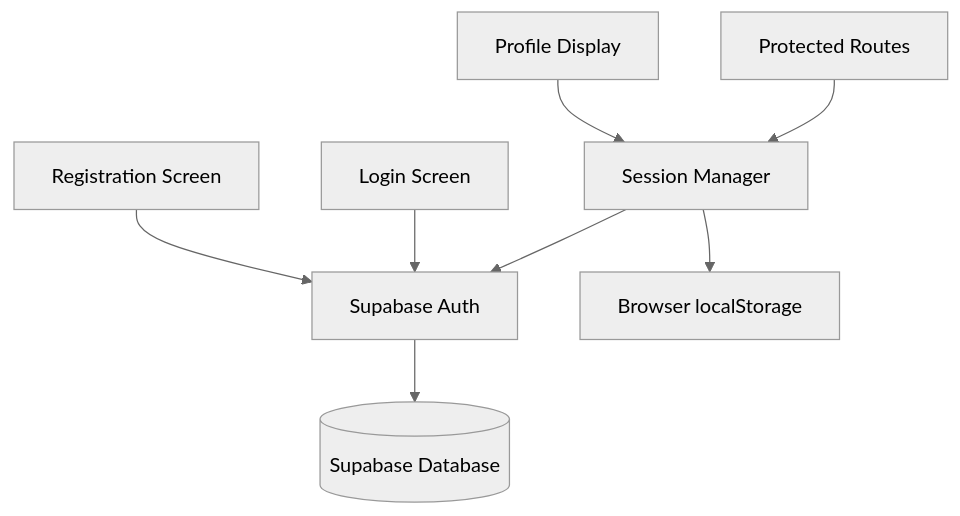
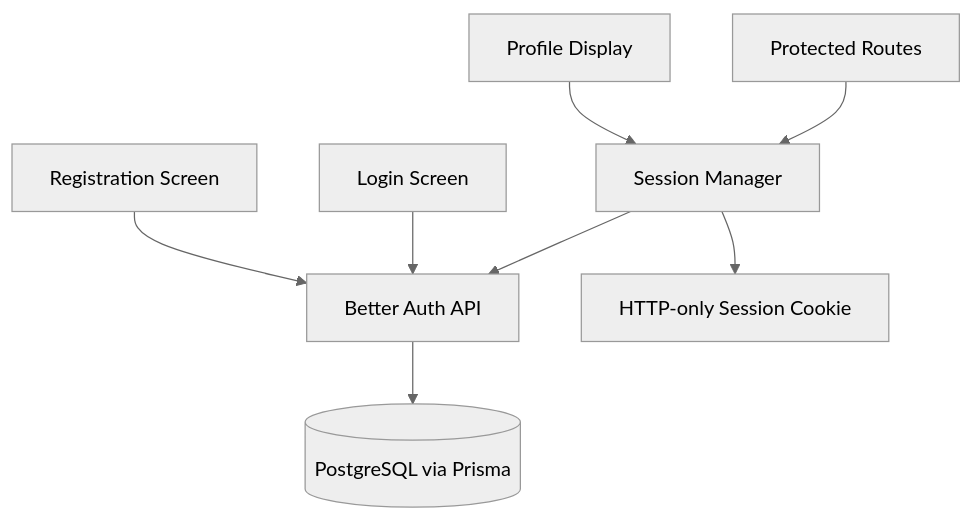
Before and after one commit to ahmadfadhil621/e-kost: the first of 3 diagrams in specs/user-authentication/design.md, drawn with Mermaid (neutral theme). The commit also changed other lines of this file and 19 other files, not shown here.

First line of the commit message:
docs: replace Supabase Auth with Better Auth across all specs

````diff
--- a/specs/user-authentication/design.md
+++ b/specs/user-authentication/design.md
@@ -25,10 +25,10 @@
 ```mermaid
 graph TB
-    A[Registration Screen] --> B[Supabase Auth]
+    A[Registration Screen] --> B[Better Auth API]
     C[Login Screen] --> B
     D[Profile Display] --> E[Session Manager]
     E --> B
     F[Protected Routes] --> E
-    B --> G[(Supabase Database)]
-    E --> H[Browser localStorage]
+    B --> G[(PostgreSQL via Prisma)]
+    E --> H[HTTP-only Session Cookie]
 ```
````
